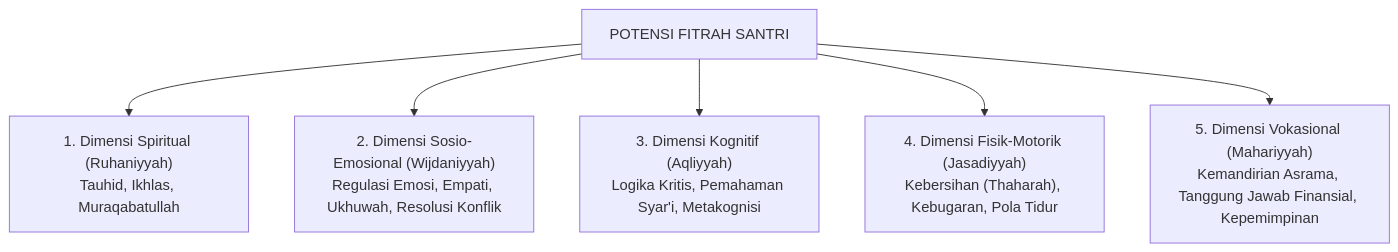
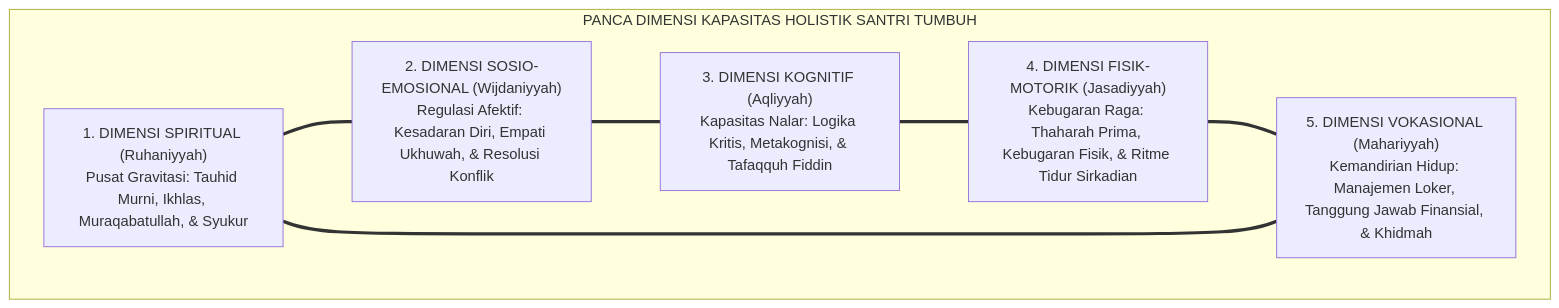
The third of 52 diagrams in BOOK-SERIES/Volume-02/Buku-Volume-02-Taksonomi-Kapasitas-dan-10-Profil-Karakter.md (wandiapriliyandi/tumbuh), drawn with Mermaid before and after one commit. The commit also changed other lines of this file and 32 other files, not shown here.

````diff
--- a/BOOK-SERIES/Volume-02/Buku-Volume-02-Taksonomi-Kapasitas-dan-10-Profil-Karakter.md
+++ b/BOOK-SERIES/Volume-02/Buku-Volume-02-Taksonomi-Kapasitas-dan-10-Profil-Karakter.md
@@ -54,9 +204,20 @@
 ```mermaid
 graph TD
-    Fitrah["POTENSI FITRAH SANTRI"]
-    Fitrah --> Dim1["1. Dimensi Spiritual (Ruhaniyyah)<br/>Tauhid, Ikhlas, Muraqabatullah"]
-    Fitrah --> Dim2["2. Dimensi Sosio-Emosional (Wijdaniyyah)<br/>Regulasi Emosi, Empati, Ukhuwah, Resolusi Konflik"]
-    Fitrah --> Dim3["3. Dimensi Kognitif (Aqliyyah)<br/>Logika Kritis, Pemahaman Syar'i, Metakognisi"]
-    Fitrah --> Dim4["4. Dimensi Fisik-Motorik (Jasadiyyah)<br/>Kebersihan (Thaharah), Kebugaran, Pola Tidur"]
-    Fitrah --> Dim5["5. Dimensi Vokasional (Mahariyyah)<br/>Kemandirian Asrama, Tanggung Jawab Finansial, Kepemimpinan"]
+    subgraph PancaDimensi["PANCA DIMENSI KAPASITAS HOLISTIK SANTRI TUMBUH"]
+        D1["1. DIMENSI SPIRITUAL (Ruhaniyyah)<br/>Pusat Gravitasi: Tauhid Murni, Ikhlas, Muraqabatullah, & Syukur"]
+        
+        D2["2. DIMENSI SOSIO-EMOSIONAL (Wijdaniyyah)<br/>Regulasi Afektif: Kesadaran Diri, Empati Ukhuwah, & Resolusi Konflik"]
+        
+        D3["3. DIMENSI KOGNITIF (Aqliyyah)<br/>Kapasitas Nalar: Logika Kritis, Metakognisi, & Tafaqquh Fiddin"]
+        
+        D4["4. DIMENSI FISIK-MOTORIK (Jasadiyyah)<br/>Kebugaran Raga: Thaharah Prima, Kebugaran Fisik, & Ritme Tidur Sirkadian"]
+        
+        D5["5. DIMENSI VOKASIONAL (Mahariyyah)<br/>Kemandirian Hidup: Manajemen Loker, Tanggung Jawab Finansial, & Khidmah"]
+        
+        D1 === D2
+        D2 === D3
+        D3 === D4
+        D4 === D5
+        D5 === D1
+    end
 ```
````
